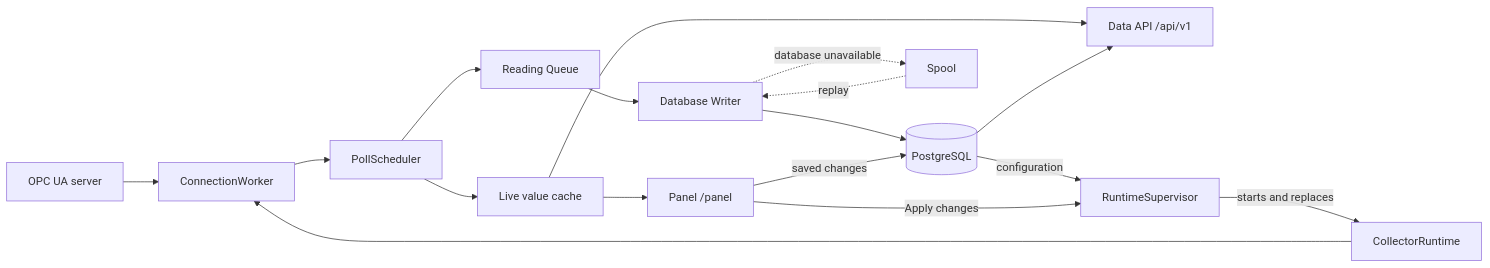
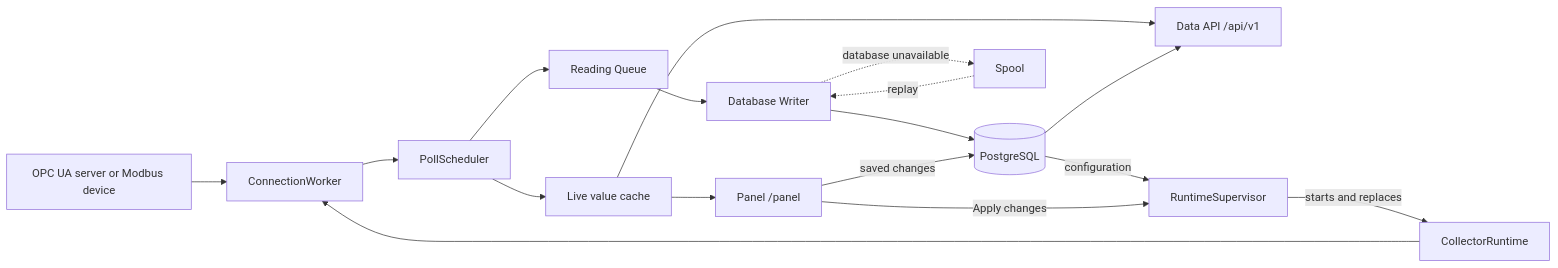
The diagram in README.md (Mateusz1256/plc-data-collector), drawn with Mermaid before and after one commit. The commit also changed other lines of this file and 12 other files, not shown here.

````diff
--- a/README.md
+++ b/README.md
@@ -43,19 +44,19 @@
 ```mermaid
 flowchart LR
-    PLC[OPC UA server] --> W[ConnectionWorker]
+    PLC[OPC UA server or Modbus device] --> W[ConnectionWorker]
     W --> S[PollScheduler]
     S --> Q[Reading Queue]
     Q --> D[Database Writer]
     D --> P[(PostgreSQL)]
     D -. database unavailable .-> SP[Spool]
     SP -. replay .-> D
     S --> L[Live value cache]
     L --> UI[Panel /panel]
     L --> API[Data API /api/v1]
     P --> API
     P -- configuration --> SUP[RuntimeSupervisor]
     UI -- saved changes --> P
     UI -- Apply changes --> SUP
     SUP -- starts and replaces --> R[CollectorRuntime]
     R --> W
 ```
````
